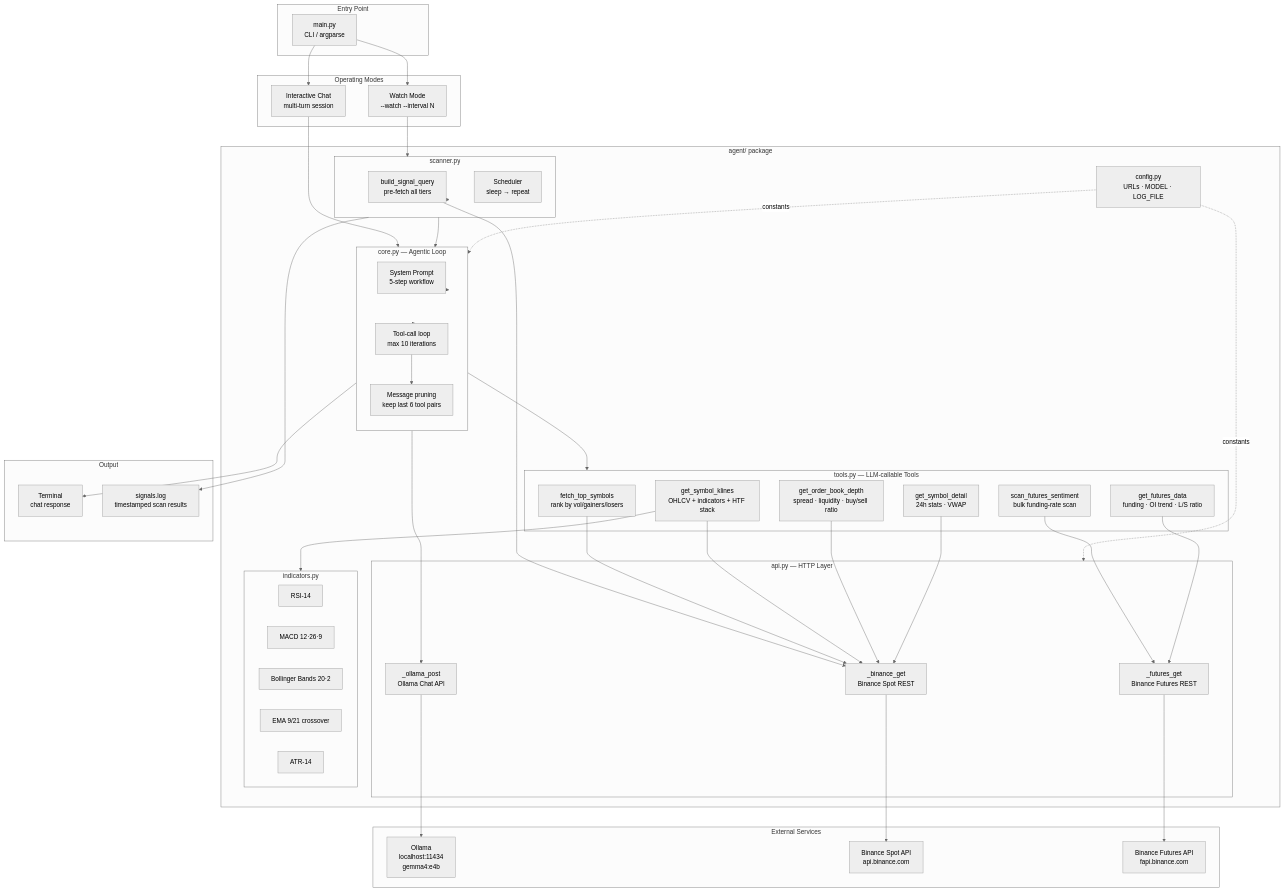
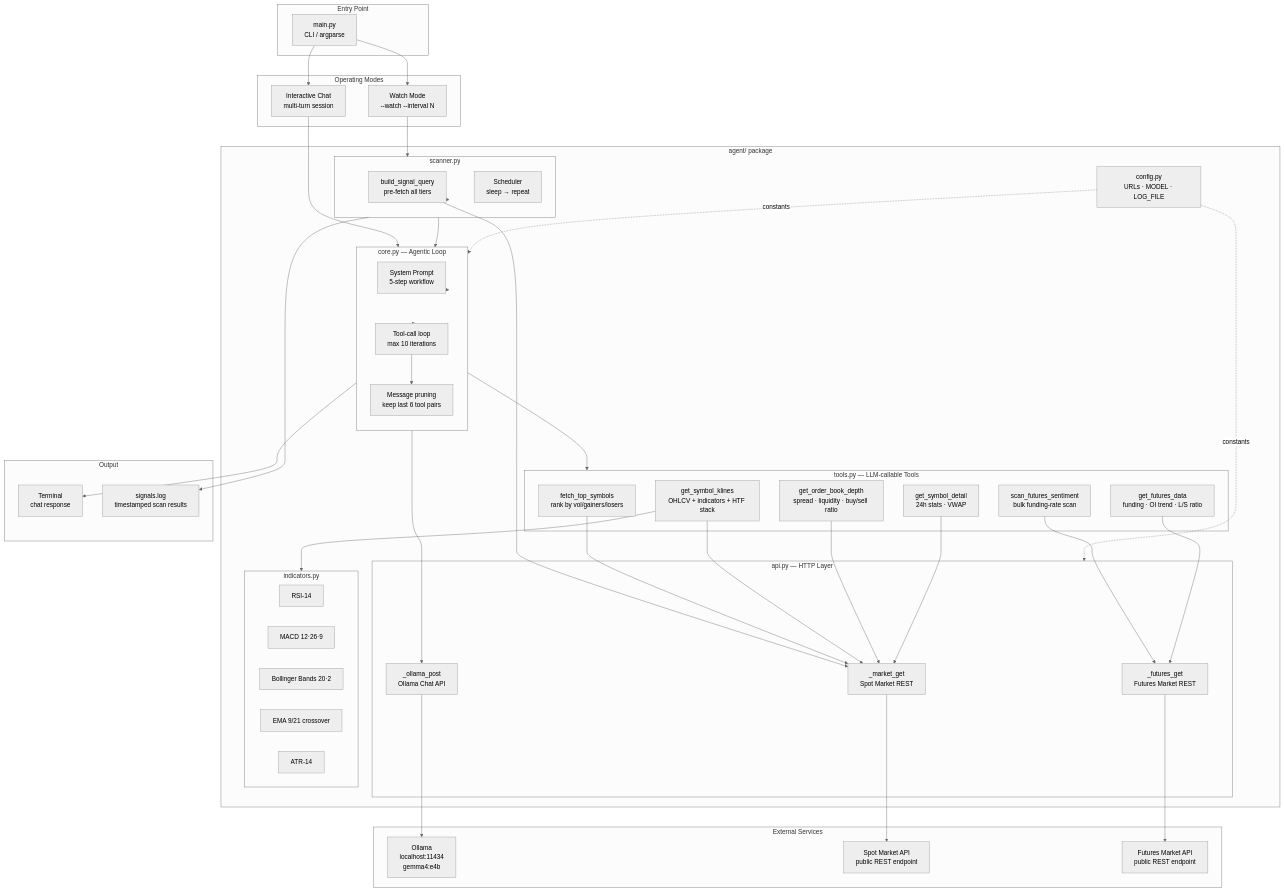
The first of 2 diagrams in README.md (Emindu/tiny-llm-RnD), drawn with Mermaid (neutral theme) before and after one commit. The commit also changed other lines of this file, not shown here.

First line of the commit message:
docs: generalize from Binance-specific to generic finance agent framing

```diff
--- a/README.md
+++ b/README.md
@@ -76,8 +76,8 @@
         end
 
         subgraph API["api.py — HTTP Layer"]
-            SPOT[_binance_get<br/>Binance Spot REST]
-            FUT[_futures_get<br/>Binance Futures REST]
+            SPOT[_market_get<br/>Spot Market REST]
+            FUT[_futures_get<br/>Futures Market REST]
             OL[_ollama_post<br/>Ollama Chat API]
         end
 
@@ -101,8 +101,8 @@
 
     subgraph External["External Services"]
         OLLAMA[Ollama<br/>localhost:11434<br/>gemma4:e4b]
-        BSPOT[Binance Spot API<br/>api.binance.com]
-        BFUT[Binance Futures API<br/>fapi.binance.com]
+        MSPOT[Spot Market API<br/>public REST endpoint]
+        MFUT[Futures Market API<br/>public REST endpoint]
     end
 
     subgraph Output["Output"]
@@ -131,8 +131,8 @@
     T5 --> FUT
     T6 --> FUT
 
-    SPOT --> BSPOT
-    FUT --> BFUT
+    SPOT --> MSPOT
+    FUT --> MFUT
 
     Core --> CHAT
     Scanner --> LOG
```
